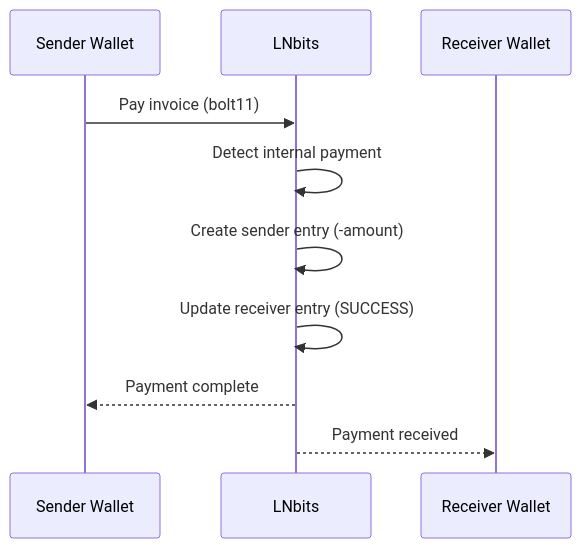
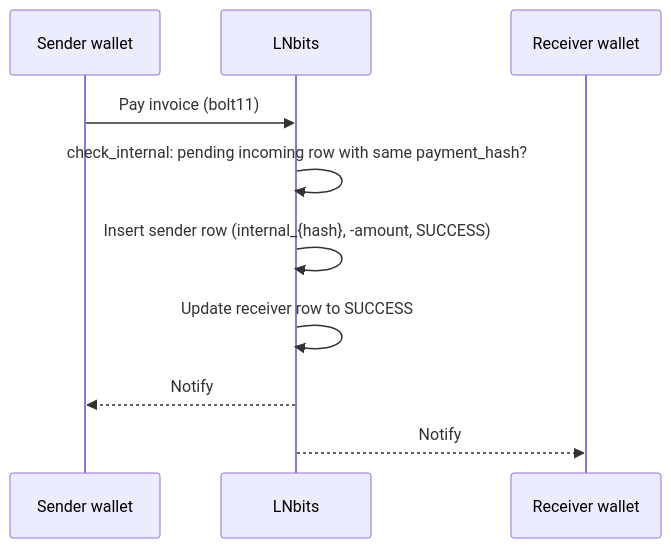
Before and after one commit to lndocs/lndocs.github.io: the second of 5 diagrams in docs/architecture/ledger.md, drawn with Mermaid. The commit also changed other lines of this file and 22 other files, not shown here.

First line of the commit message:
Rewrite architecture, guides, development, FAQ and resources for v1.6.2 (#5)

````diff
--- a/docs/architecture/ledger.md
+++ b/docs/architecture/ledger.md
@@ -99,13 +131,13 @@
 ```mermaid
 sequenceDiagram
-    participant Sender Wallet
+    participant Sender as Sender wallet
     participant LNbits
-    participant Receiver Wallet
+    participant Receiver as Receiver wallet
 
-    Sender Wallet->>LNbits: Pay invoice (bolt11)
-    LNbits->>LNbits: Detect internal payment
-    LNbits->>LNbits: Create sender entry (-amount)
-    LNbits->>LNbits: Update receiver entry (SUCCESS)
-    LNbits-->>Sender Wallet: Payment complete
-    LNbits-->>Receiver Wallet: Payment received
+    Sender->>LNbits: Pay invoice (bolt11)
+    LNbits->>LNbits: check_internal: pending incoming row with same payment_hash?
+    LNbits->>LNbits: Insert sender row (internal_{hash}, -amount, SUCCESS)
+    LNbits->>LNbits: Update receiver row to SUCCESS
+    LNbits-->>Sender: Notify
+    LNbits-->>Receiver: Notify
 ```
````
